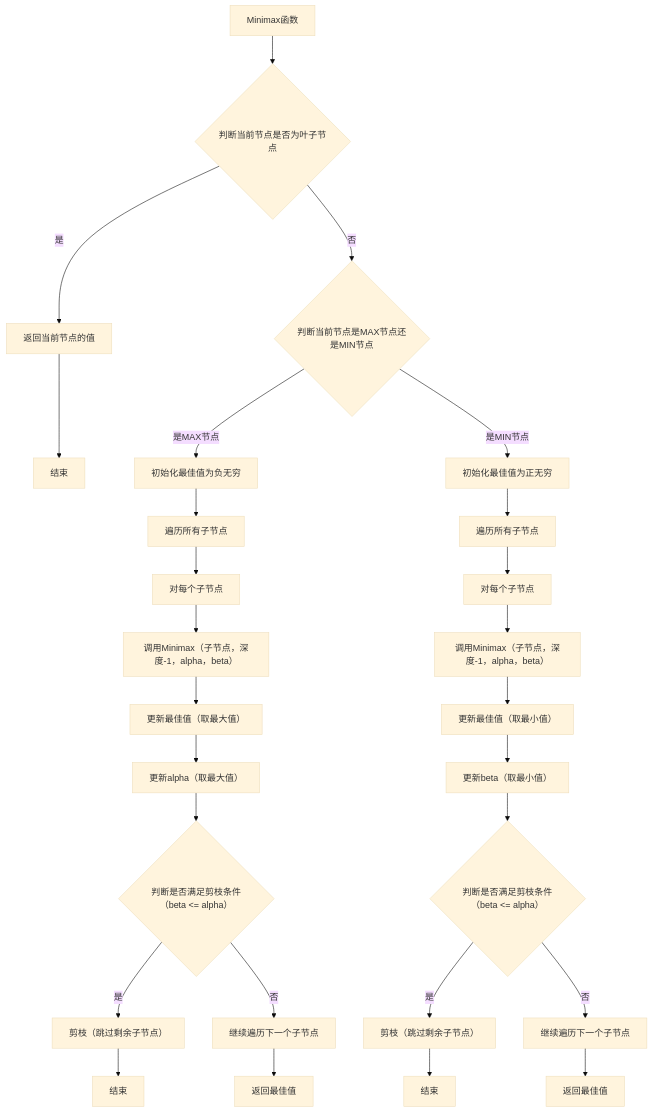
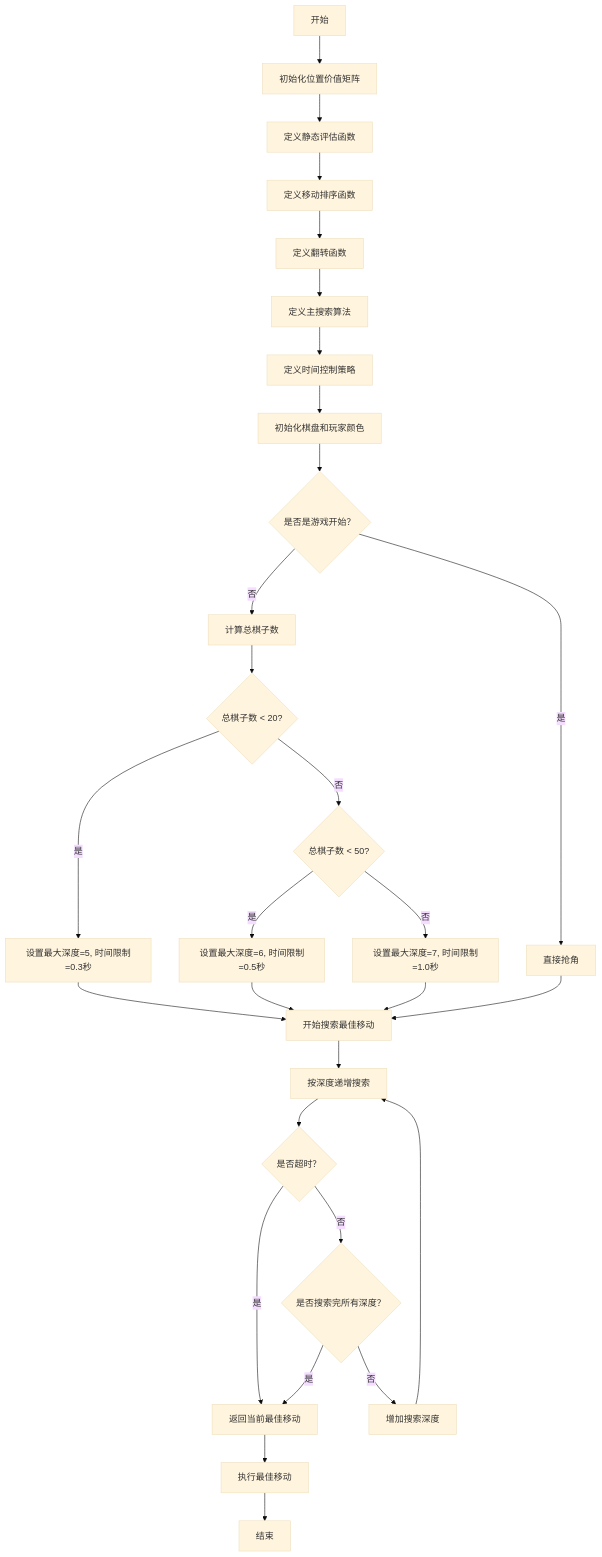
One commit to SeeleWelt/iodraw-files changed the diagram in all/未命名-1.md. Above: the diagram before and after it, drawn with Mermaid (base theme).

Commit message:
2025-06-06 10:22:46 update

````diff
--- a/all/未命名-1.md
+++ b/all/未命名-1.md
@@ -1,30 +1,31 @@
 ```mermaid
-graph TD;
-    A[Minimax函数] --> B{判断当前节点是否为叶子节点}
-    B -- 是 --> C[返回当前节点的值]
-    C --> D[结束]
-    B -- 否 --> E{判断当前节点是MAX节点还是MIN节点}
-    E -- 是MAX节点 --> F[初始化最佳值为负无穷]
-    F --> G[遍历所有子节点]
-    G --> H1[对每个子节点]
-    H1 --> I1[调用Minimax（子节点，深度-1，alpha，beta）]
-    I1 --> J1[更新最佳值（取最大值）]
-    J1 --> K1[更新alpha（取最大值）]
-    K1 --> L1{判断是否满足剪枝条件（beta <= alpha）}
-    L1 -- 是 --> M1[剪枝（跳过剩余子节点）]
-    M1 --> N1[结束]
-    L1 -- 否 --> O1[继续遍历下一个子节点]
-    O1 --> P1[返回最佳值]
-    E -- 是MIN节点 --> Q[初始化最佳值为正无穷]
-    Q --> R[遍历所有子节点]
-    R --> H2[对每个子节点]
-    H2 --> I2[调用Minimax（子节点，深度-1，alpha，beta）]
-    I2 --> J2[更新最佳值（取最小值）]
-    J2 --> K2[更新beta（取最小值）]
-    K2 --> L2{判断是否满足剪枝条件（beta <= alpha）}
-    L2 -- 是 --> M2[剪枝（跳过剩余子节点）]
-    M2 --> N2[结束]
-    L2 -- 否 --> O2[继续遍历下一个子节点]
-    O2 --> P2[返回最佳值]
-
+graph TD
+    A[开始] --> B[初始化位置价值矩阵]
+    B --> C[定义静态评估函数]
+    C --> D[定义移动排序函数]
+    D --> E[定义翻转函数]
+    E --> F[定义主搜索算法]
+    F --> G[定义时间控制策略]
+    G --> H[初始化棋盘和玩家颜色]
+    H --> I{是否是游戏开始？}
+    I -->|是| J[直接抢角]
+    I -->|否| K[计算总棋子数]
+    K --> L{总棋子数 < 20?}
+    L -->|是| M[设置最大深度=5, 时间限制=0.3秒]
+    L -->|否| N{总棋子数 < 50?}
+    N -->|是| O[设置最大深度=6, 时间限制=0.5秒]
+    N -->|否| P[设置最大深度=7, 时间限制=1.0秒]
+    M --> Q[开始搜索最佳移动]
+    O --> Q
+    P --> Q
+    J --> Q
+    Q --> R[按深度递增搜索]
+    R --> S{是否超时？}
+    S -->|是| T[返回当前最佳移动]
+    S -->|否| U{是否搜索完所有深度？}
+    U -->|是| T
+    U -->|否| V[增加搜索深度]
+    V --> R
+    T --> W[执行最佳移动]
+    W --> X[结束]
 ```
````
